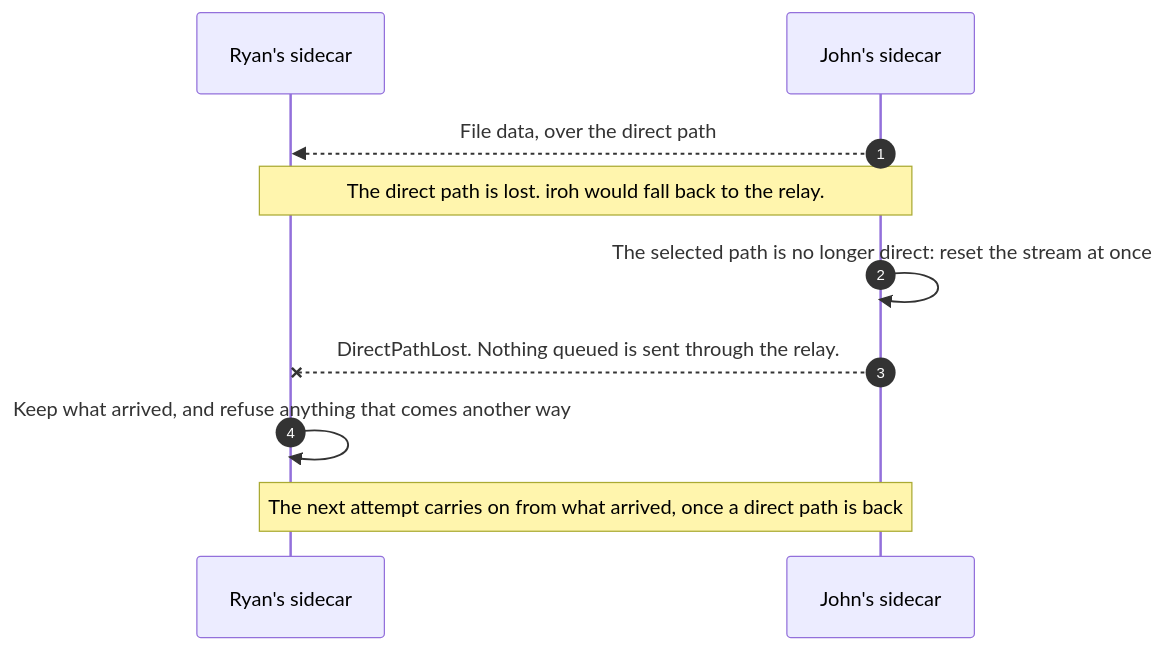
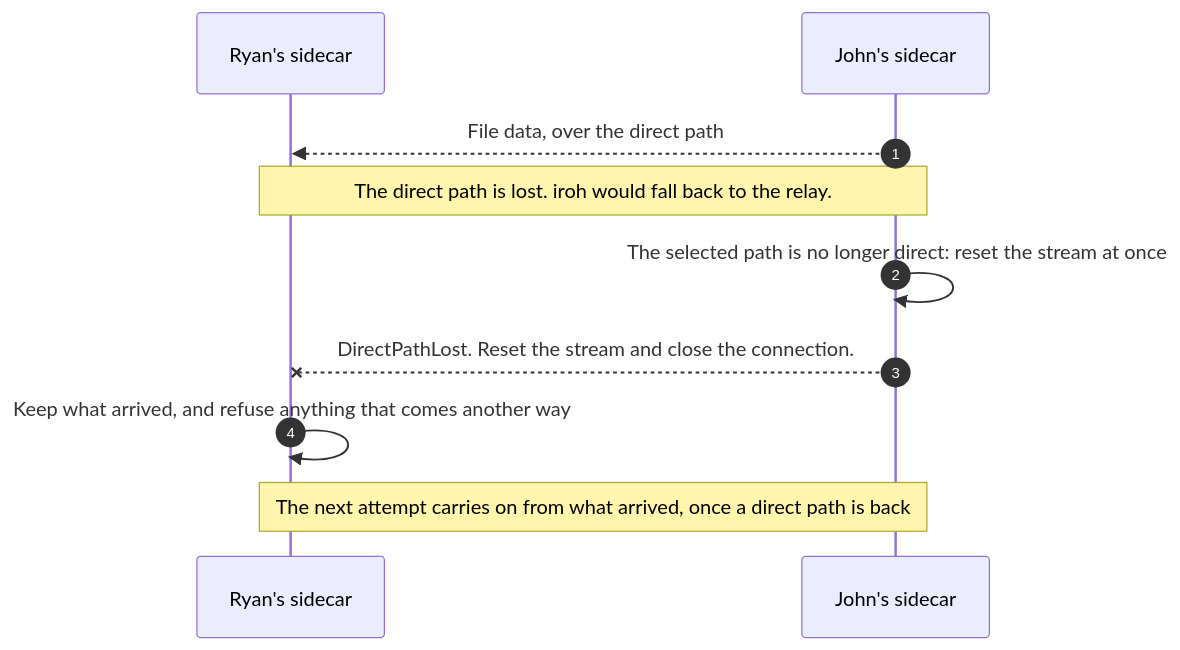
The second of 2 diagrams in docs/diagrams/direct-connectivity-failure-no-relay.md (Nodearr/Nodearr), drawn with Mermaid before and after one commit. The commit also changed other lines of this file and 7 other files, not shown here.

First line of the commit message:
docs(architecture): align diagrams and open work with the code

````diff
--- a/docs/diagrams/direct-connectivity-failure-no-relay.md
+++ b/docs/diagrams/direct-connectivity-failure-no-relay.md
@@ -33,13 +33,13 @@
 ```mermaid
 sequenceDiagram
     autonumber
     participant Side as Ryan's sidecar
     participant PeerSide as John's sidecar
 
     PeerSide-->>Side: File data, over the direct path
     Note over Side,PeerSide: The direct path is lost. iroh would fall back to the relay.
     PeerSide->>PeerSide: The selected path is no longer direct: reset the stream at once
-    PeerSide--xSide: DirectPathLost. Nothing queued is sent through the relay.
+    PeerSide--xSide: DirectPathLost. Reset the stream and close the connection.
     Side->>Side: Keep what arrived, and refuse anything that comes another way
     Note over Side,PeerSide: The next attempt carries on from what arrived, once a direct path is back
 ```
````
